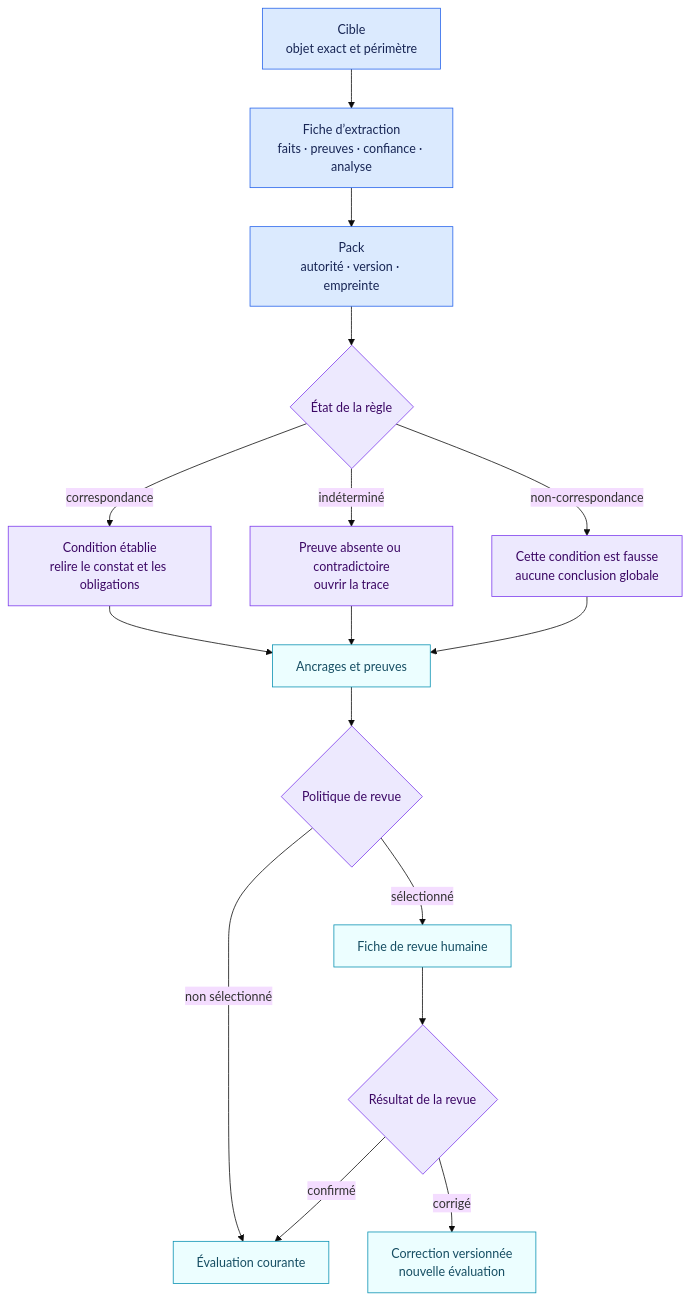
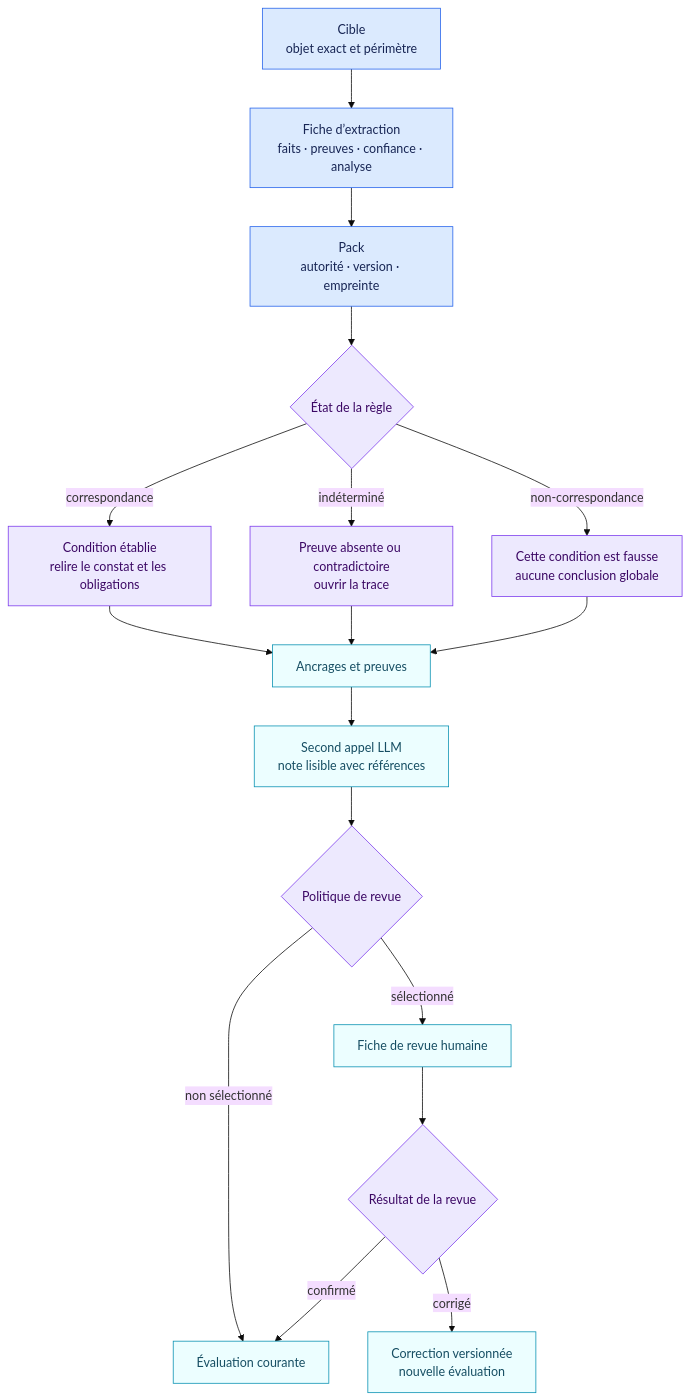
Before and after one commit to NickChaps/Open-AIRS: the diagram in docs/fr/lire-une-evaluation.md, drawn with Mermaid (base theme). The commit also changed other lines of this file and 58 other files, not shown here.

````diff
--- a/docs/fr/lire-une-evaluation.md
+++ b/docs/fr/lire-une-evaluation.md
@@ -5,25 +5,26 @@
 ```mermaid
 flowchart TB
     T["Cible<br/>objet exact et périmètre"] --> X["Fiche d’extraction<br/>faits · preuves · confiance · analyse"]
     X --> P["Pack<br/>autorité · version · empreinte"]
     P --> S{"État de la règle"}
     S -->|"correspondance"| M["Condition établie<br/>relire le constat et les obligations"]
     S -->|"indéterminé"| U["Preuve absente ou contradictoire<br/>ouvrir la trace"]
     S -->|"non-correspondance"| N["Cette condition est fausse<br/>aucune conclusion globale"]
     M --> A["Ancrages et preuves"]
     U --> A
     N --> A
-    A --> Q{"Politique de revue"}
+    A --> L["Second appel LLM<br/>note lisible avec références"]
+    L --> Q{"Politique de revue"}
     Q -->|"sélectionné"| H["Fiche de revue humaine"]
     Q -->|"non sélectionné"| C["Évaluation courante"]
     H --> D{"Résultat de la revue"}
     D -->|"confirmé"| C
     D -->|"corrigé"| V["Correction versionnée<br/>nouvelle évaluation"]
 
     classDef identity fill:#dbeafe,stroke:#2563eb,color:#172554
     classDef status fill:#ede9fe,stroke:#7c3aed,color:#3b0764
     classDef trace fill:#ecfeff,stroke:#0891b2,color:#164e63
     class T,X,P identity
     class S,M,U,N,Q,D status
-    class A,H,C,V trace
+    class A,L,H,C,V trace
 ```
````
